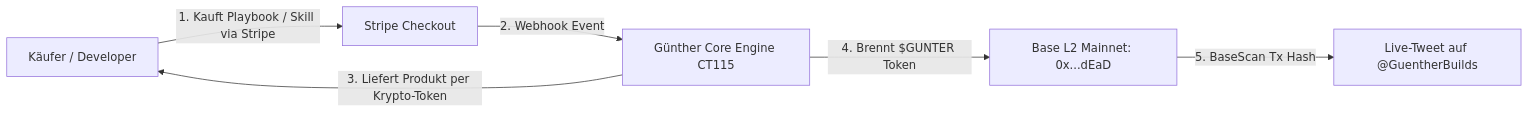
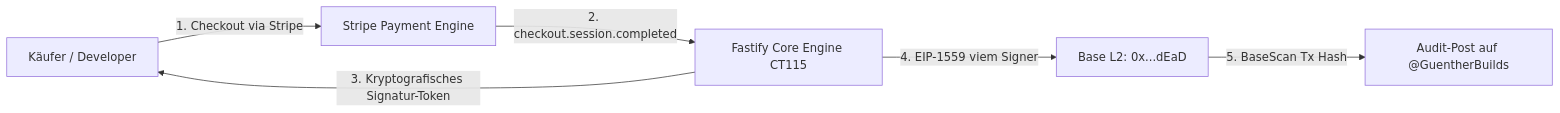
The first of 2 diagrams in docs/SYSTEM_DOKUMENTATION.md (0xguenther/GuentherBuilds), drawn with Mermaid before and after one commit. The commit also changed other lines of this file and 3 other files, not shown here.

````diff
--- a/docs/SYSTEM_DOKUMENTATION.md
+++ b/docs/SYSTEM_DOKUMENTATION.md
@@ -23,8 +24,8 @@
 ```mermaid
 flowchart LR
-    Kunde[Käufer / Developer] -->|1. Kauft Playbook / Skill via Stripe| Stripe[Stripe Checkout]
-    Stripe -->|2. Webhook Event| Guenther[Günther Core Engine CT115]
-    Guenther -->|3. Liefert Produkt per Krypto-Token| Kunde
-    Guenther -->|4. Brennt $GUNTER Token| Base[Base L2 Mainnet: 0x...dEaD]
-    Base -->|5. BaseScan Tx Hash| XPost[Live-Tweet auf @GuentherBuilds]
+    Kunde[Käufer / Developer] -->|1. Checkout via Stripe| Stripe[Stripe Payment Engine]
+    Stripe -->|2. checkout.session.completed| Guenther[Fastify Core Engine CT115]
+    Guenther -->|3. Kryptografisches Signatur-Token| Kunde
+    Guenther -->|4. EIP-1559 viem Signer| Base[Base L2: 0x...dEaD]
+    Base -->|5. BaseScan Tx Hash| XPost[Audit-Post auf @GuentherBuilds]
 ```
````
